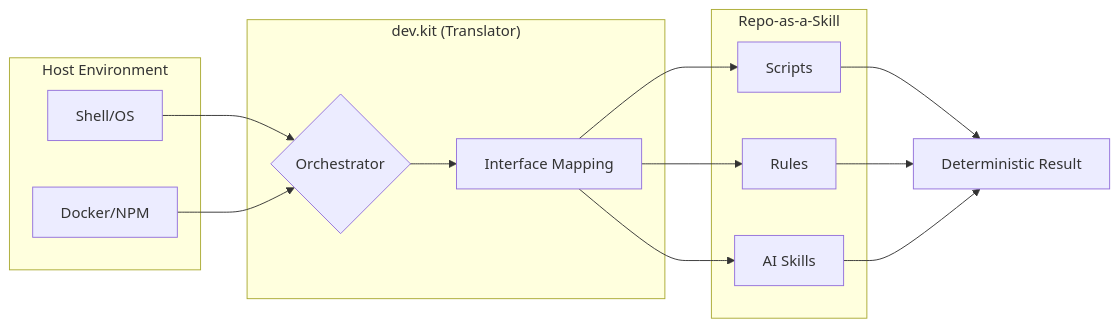
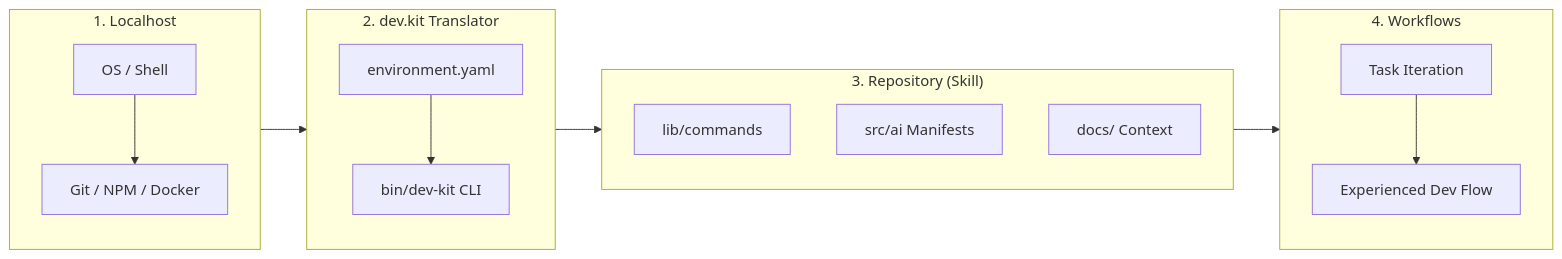
Before and after one commit to udx/dev.kit: the first of 3 diagrams in README.md, drawn with Mermaid. The commit also changed other lines of this file, not shown here.

Commit message:
docs: finalize sequential vision diagrams and disable capture mode to prevent terminal conflicts

````diff
--- a/README.md
+++ b/README.md
@@ -15,23 +15,28 @@
 ```mermaid
 flowchart LR
-    subgraph "Host Environment"
-        A[Shell/OS]
-        B[Docker/NPM]
+    subgraph Localhost ["1. Localhost"]
+        direction TB
+        OS[OS / Shell] --> TOOLS[Git / NPM / Docker]
     end
-    
-    subgraph "dev.kit (Translator)"
-        C{Orchestrator}
-        D[Interface Mapping]
+
+    subgraph Translator ["2. dev.kit Translator"]
+        direction TB
+        YML[environment.yaml] --> CLI[bin/dev-kit CLI]
     end
-    
-    subgraph "Repo-as-a-Skill"
-        E[Scripts]
-        F[Rules]
-        G[AI Skills]
+
+    subgraph Repo ["3. Repository (Skill)"]
+        direction TB
+        LIB[lib/commands]
+        SRC[src/ai Manifests]
+        DOC[docs/ Context]
     end
-    
-    A & B --> C
-    C --> D
-    D --> E & F & G
-    E & F & G --> H[Deterministic Result]
+
+    subgraph Workflows ["4. Workflows"]
+        direction TB
+        TASK[Task Iteration] --> FLOW[Experienced Dev Flow]
+    end
+
+    Localhost --> Translator
+    Translator --> Repo
+    Repo --> Workflows
 ```
````
